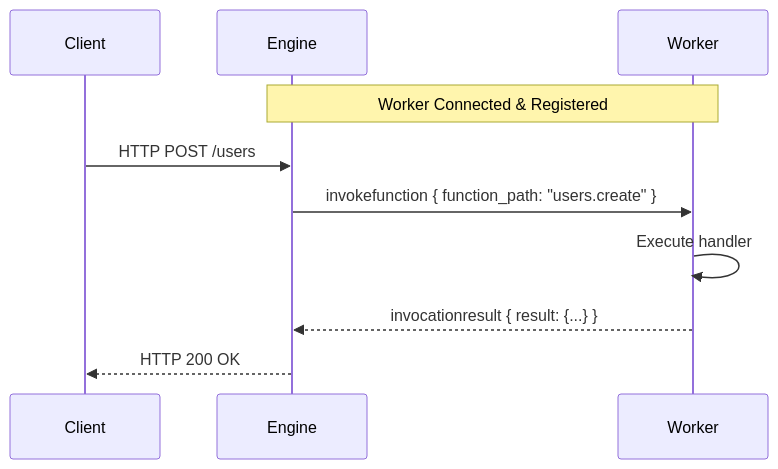
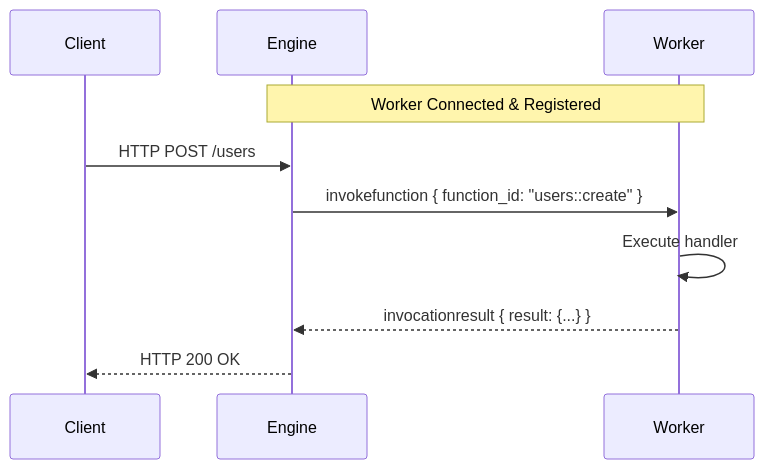
The second of 3 diagrams in content/workers.mdx (iii-hq/docs), drawn with Mermaid before and after one commit. The commit also changed other lines of this file and 11 other files, not shown here.

````diff
--- a/content/workers.mdx
+++ b/content/workers.mdx
@@ -80,14 +80,14 @@
 ```mermaid
 sequenceDiagram
     participant C as Client
     participant E as Engine
     participant W as Worker
 
     Note over W,E: Worker Connected & Registered
 
     C->>E: HTTP POST /users
-    E->>W: invokefunction { function_path: "users.create" }
+    E->>W: invokefunction { function_id: "users::create" }
     W->>W: Execute handler
     W-->>E: invocationresult { result: {...} }
     E-->>C: HTTP 200 OK
 ```
````
